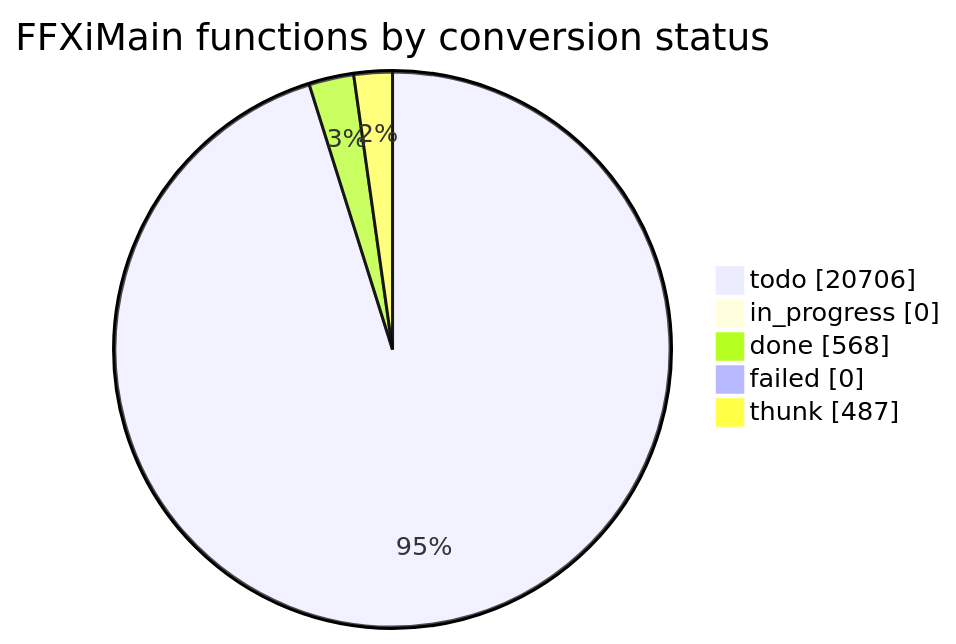
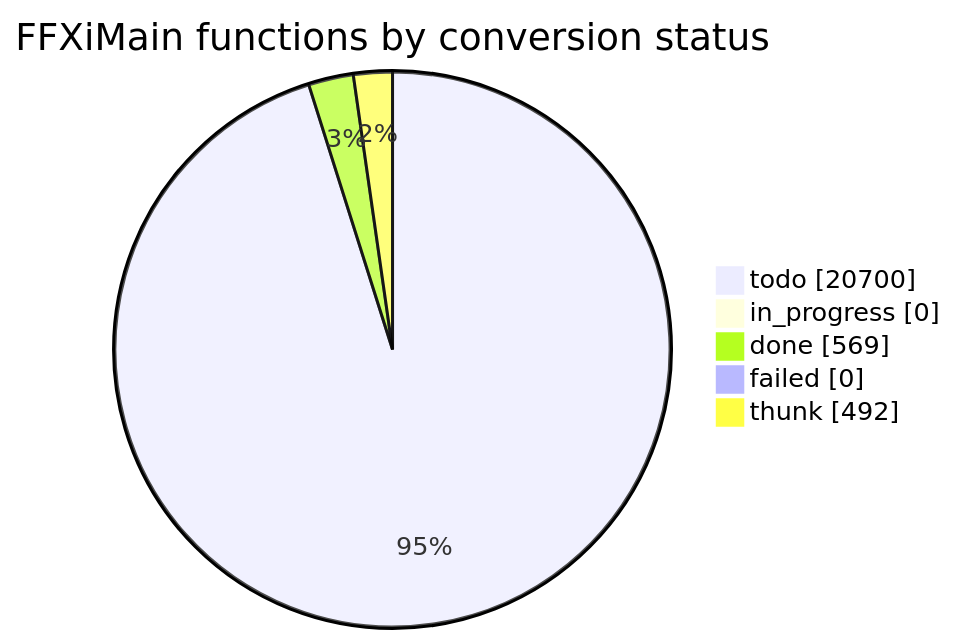
Before and after one commit to cowrevenge/cow_kuluu_xi_anything: the diagram in docs/cow/STATUS.md, drawn with Mermaid. The commit also changed other lines of this file and 9 other files, not shown here.

````diff
--- a/docs/cow/STATUS.md
+++ b/docs/cow/STATUS.md
@@ -18,9 +18,9 @@
 ```mermaid
 pie showData
     title FFXiMain functions by conversion status
-    "todo" : 20706
+    "todo" : 20700
     "in_progress" : 0
-    "done" : 568
+    "done" : 569
     "failed" : 0
-    "thunk" : 487
+    "thunk" : 492
 ```
````
